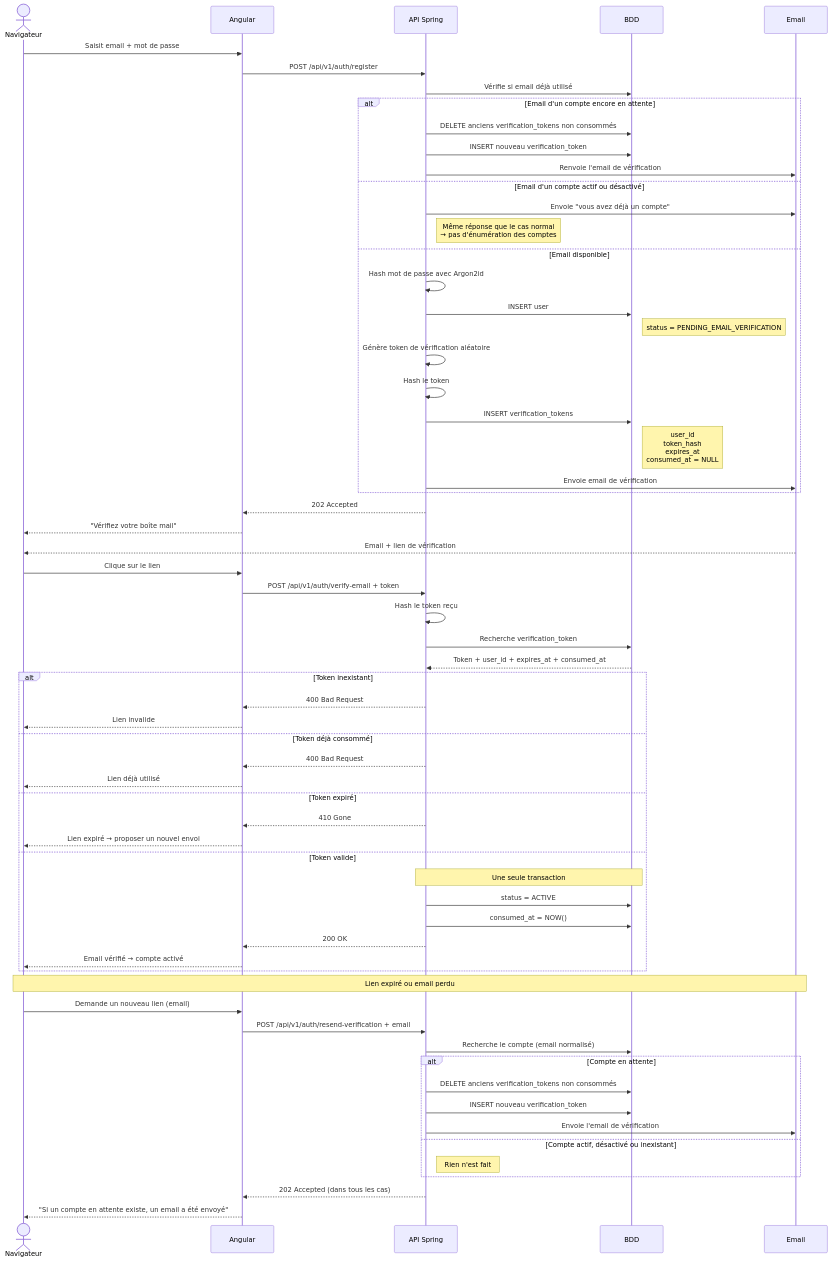
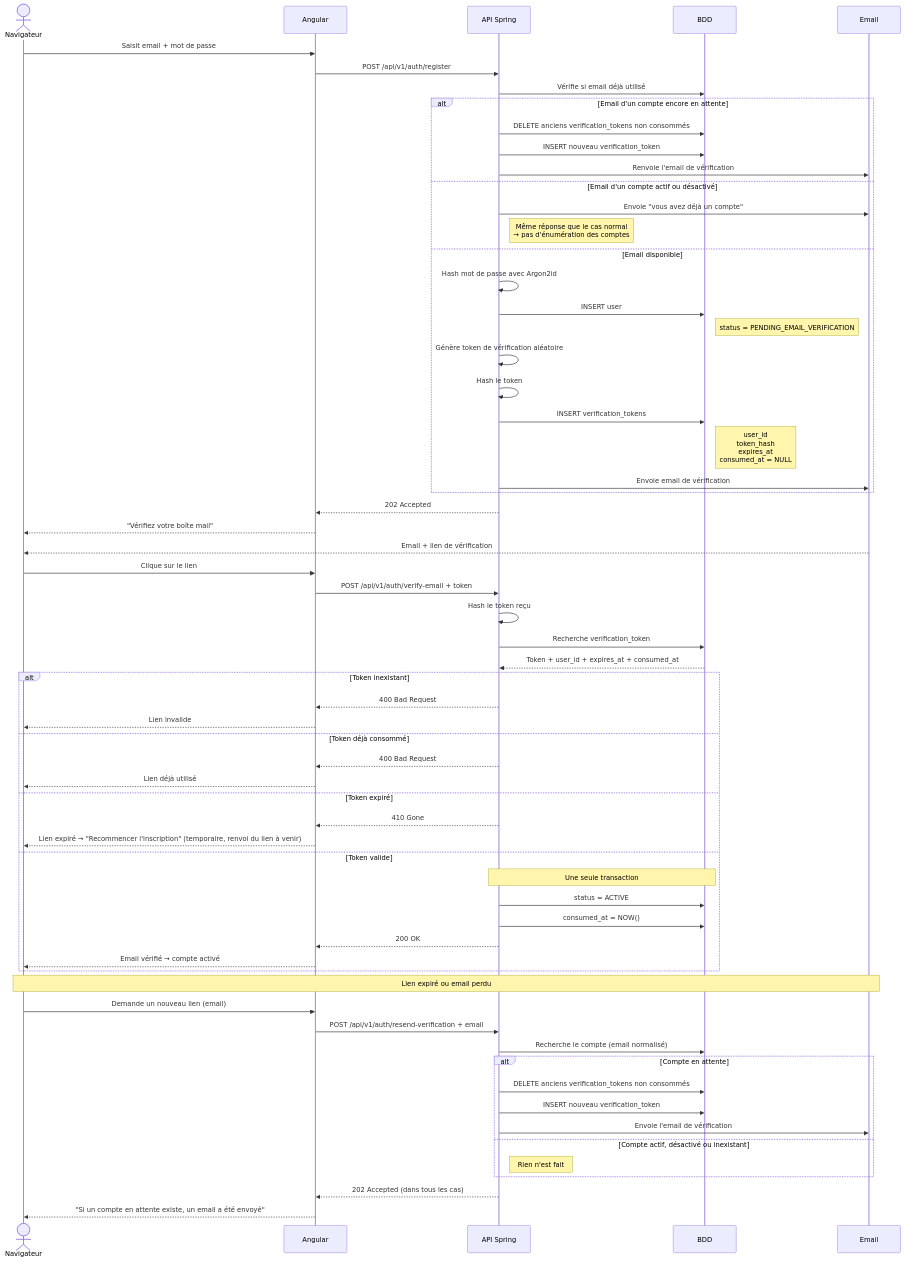
One commit to Franck1vlt/Parkyn changed the diagram in docs/diagrams/inscription.md. Above: the diagram before and after it, drawn with Mermaid. The commit also changed 13 other files, not shown here.

````diff
--- a/docs/diagrams/inscription.md
+++ b/docs/diagrams/inscription.md
@@ -3,75 +3,75 @@
 ```mermaid
 sequenceDiagram
 actor Navigateur
 participant Angular
 participant API as API Spring
 participant BDD
 participant Email
 
     Navigateur->>Angular: Saisit email + mot de passe
     Angular->>API: POST /api/v1/auth/register
     API->>BDD: Vérifie si email déjà utilisé
 
     alt Email d'un compte encore en attente
         API->>BDD: DELETE anciens verification_tokens non consommés
         API->>BDD: INSERT nouveau verification_token
         API->>Email: Renvoie l'email de vérification
     else Email d'un compte actif ou désactivé
         API->>Email: Envoie "vous avez déjà un compte"
         Note right of API: Même réponse que le cas normal<br/>→ pas d'énumération des comptes
     else Email disponible
         API->>API: Hash mot de passe avec Argon2id
         API->>BDD: INSERT user
         Note right of BDD: status = PENDING_EMAIL_VERIFICATION
 
         API->>API: Génère token de vérification aléatoire
         API->>API: Hash le token
         API->>BDD: INSERT verification_tokens
         Note right of BDD: user_id<br/>token_hash<br/>expires_at<br/>consumed_at = NULL
 
         API->>Email: Envoie email de vérification
     end
 
     API-->>Angular: 202 Accepted
     Angular-->>Navigateur: "Vérifiez votre boîte mail"
 
     Email-->>Navigateur: Email + lien de vérification
     Navigateur->>Angular: Clique sur le lien
     Angular->>API: POST /api/v1/auth/verify-email + token
     API->>API: Hash le token reçu
     API->>BDD: Recherche verification_token
     BDD-->>API: Token + user_id + expires_at + consumed_at
 
     alt Token inexistant
         API-->>Angular: 400 Bad Request
         Angular-->>Navigateur: Lien invalide
     else Token déjà consommé
         API-->>Angular: 400 Bad Request
         Angular-->>Navigateur: Lien déjà utilisé
     else Token expiré
         API-->>Angular: 410 Gone
-        Angular-->>Navigateur: Lien expiré → proposer un nouvel envoi
+        Angular-->>Navigateur: Lien expiré → "Recommencer l'inscription" (temporaire, renvoi du lien à venir)
     else Token valide
         Note over API,BDD: Une seule transaction
         API->>BDD: status = ACTIVE
         API->>BDD: consumed_at = NOW()
         API-->>Angular: 200 OK
         Angular-->>Navigateur: Email vérifié → compte activé
     end
 
     Note over Navigateur,Email: Lien expiré ou email perdu
     Navigateur->>Angular: Demande un nouveau lien (email)
     Angular->>API: POST /api/v1/auth/resend-verification + email
     API->>BDD: Recherche le compte (email normalisé)
 
     alt Compte en attente
         API->>BDD: DELETE anciens verification_tokens non consommés
         API->>BDD: INSERT nouveau verification_token
         API->>Email: Envoie l'email de vérification
     else Compte actif, désactivé ou inexistant
         Note right of API: Rien n'est fait
     end
 
     API-->>Angular: 202 Accepted (dans tous les cas)
     Angular-->>Navigateur: "Si un compte en attente existe, un email a été envoyé"
 ```
````
